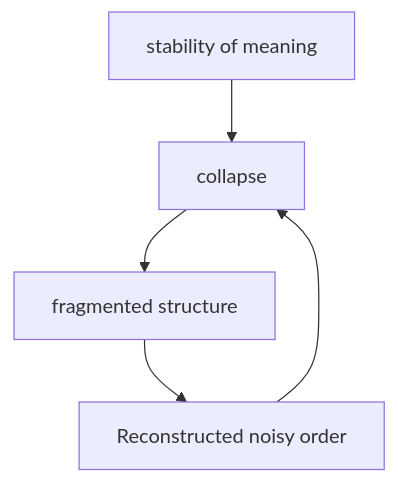
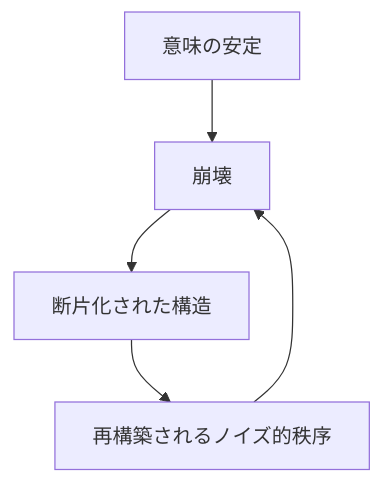
Before and after one commit to monumental-movement/monumental-movement.github.io: the first of 4 diagrams in en/_posts/2026-06-13-column-yhwh-nailgun.md, drawn with Mermaid. The commit also changed other lines of this file and 2196 other files, not shown here.

```diff
--- a/en/_posts/2026-06-13-column-yhwh-nailgun.md
+++ b/en/_posts/2026-06-13-column-yhwh-nailgun.md
@@ -60,7 +59,7 @@
 <div class="mermaid">
 flowchart TD
-A[stability of meaning] --> B[collapse]
-B --> C[fragmented structure]
-C --> D[Reconstructed noisy order]
+A[意味の安定] --> B[崩壊]
+B --> C[断片化された構造]
+C --> D[再構築されるノイズ的秩序]
 D --> B
 </div>
```
